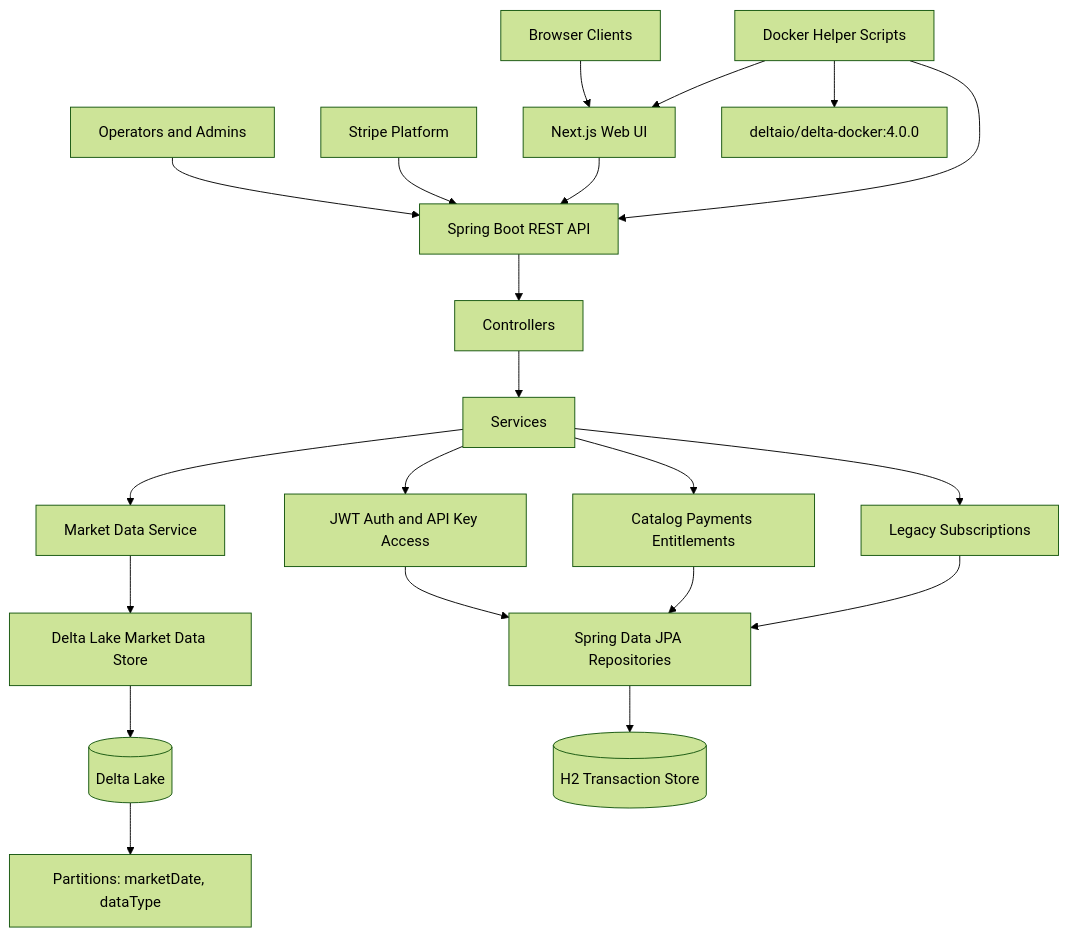
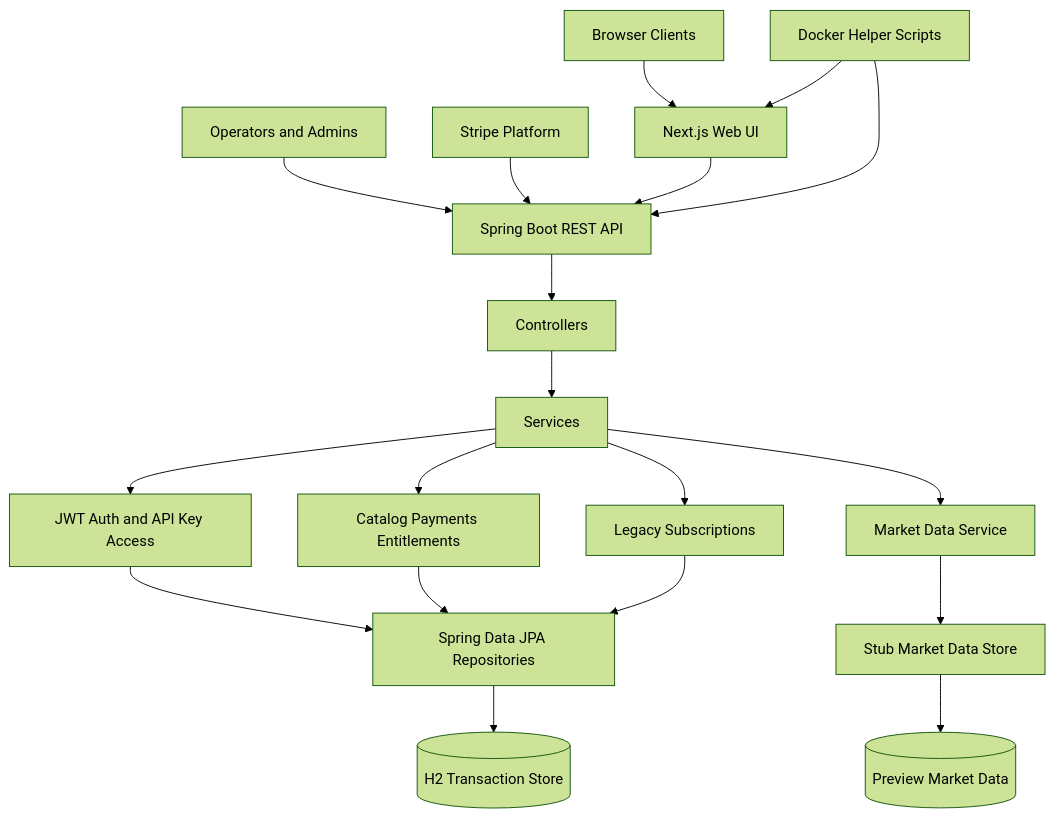
The diagram in docs/diagrams/architecture-overview.md (khab40/spring-boot-java-refresh), drawn with Mermaid (forest theme) before and after one commit. The commit also changed 47 other files, not shown here.

Commit message:
feat: add email verification and Mailpit sandbox, isolate market-data runtime, and fix JWT secret decoding

````diff
--- a/docs/diagrams/architecture-overview.md
+++ b/docs/diagrams/architecture-overview.md
@@ -7,23 +7,21 @@
 ```mermaid
 graph TB
     Client[Browser Clients] --> Next[Next.js Web UI]
     Admin[Operators and Admins] --> Api
     Stripe[Stripe Platform] --> Api
     Next --> Api[Spring Boot REST API]
     Api --> Controllers[Controllers]
     Controllers --> Services[Services]
     Services --> Security[JWT Auth and API Key Access]
     Services --> Commerce[Catalog Payments Entitlements]
     Services --> Market[Market Data Service]
     Services --> Legacy[Legacy Subscriptions]
     Security --> Repositories[Spring Data JPA Repositories]
     Commerce --> Repositories
     Legacy --> Repositories
-    Market --> DeltaStore[Delta Lake Market Data Store]
-    DeltaStore --> Delta[(Delta Lake)]
+    Market --> StubStore[Stub Market Data Store]
+    StubStore --> Preview[(Preview Market Data)]
     Repositories --> H2[(H2 Transaction Store)]
-    Delta --> Partitioning[Partitions: marketDate, dataType]
     Scripts[Docker Helper Scripts] --> Api
     Scripts --> Next
-    Scripts --> DeltaContainer[deltaio/delta-docker:4.0.0]
 ```
````
